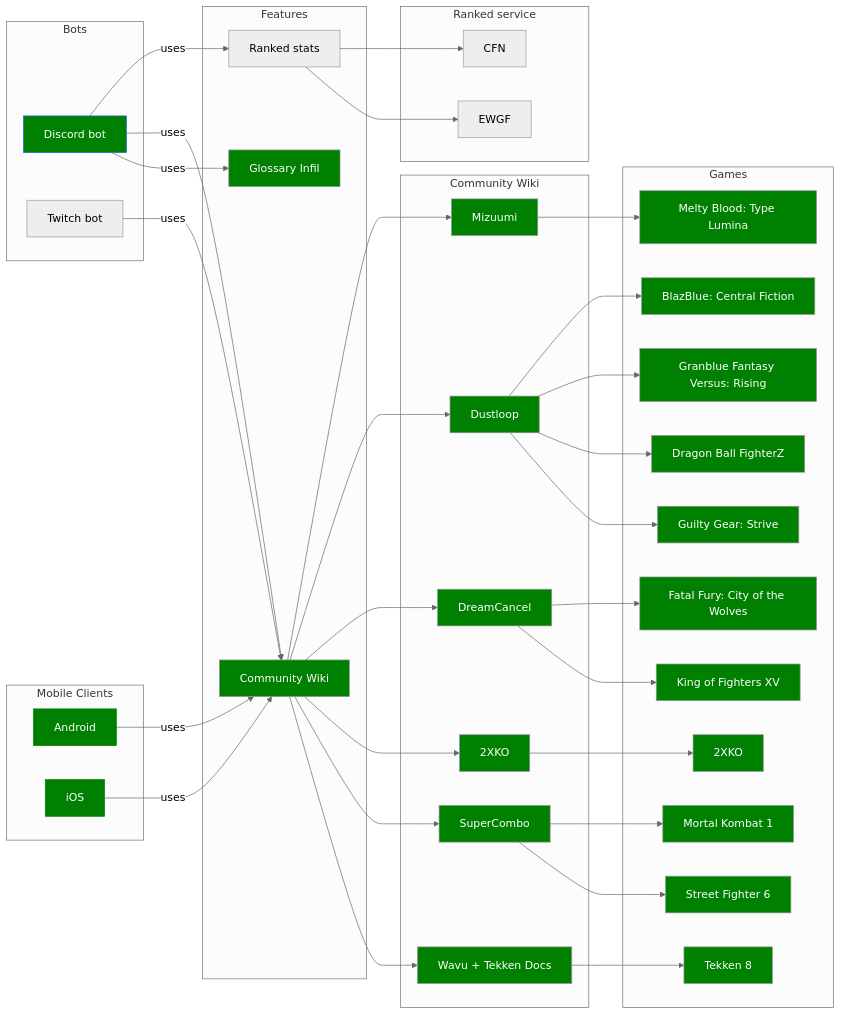
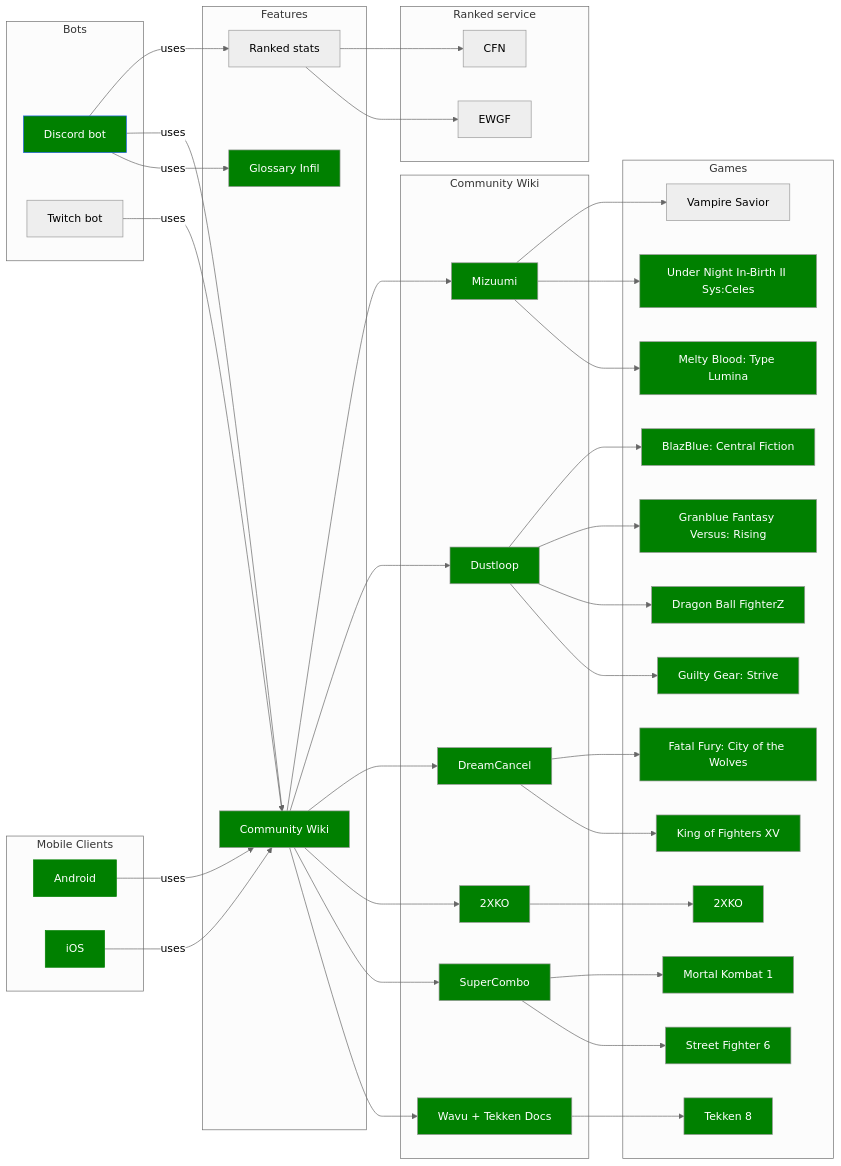
Before and after one commit to Sophon/FightingNerd: the diagram in README.md, drawn with Mermaid (neutral theme). The commit also changed 36 other files, not shown here.

````diff
--- a/README.md
+++ b/README.md
@@ -61,6 +61,8 @@
         xko[2XKO]
         melty[Melty Blood: Type Lumina]
         bbcf[BlazBlue: Central Fiction]
+        uni2[Under Night In-Birth II Sys:Celes]
+        vsav[Vampire Savior]
     end
 
     subgraph Ranked service
@@ -97,6 +99,8 @@
     dreamcancel --> kof15
     dreamcancel --> cotw
     mizuumi --> melty
+    mizuumi --> uni2
+    mizuumi --> vsav
 
 
     style discordBot fill:green,stroke:#2563EB, color:#fff
@@ -121,4 +125,5 @@
     style gbvsr fill:green, color:#fff
     style melty fill:green, color:#fff
     style bbcf fill:green, color:#fff
+    style uni2 fill:green, color:#fff
   ```
````
